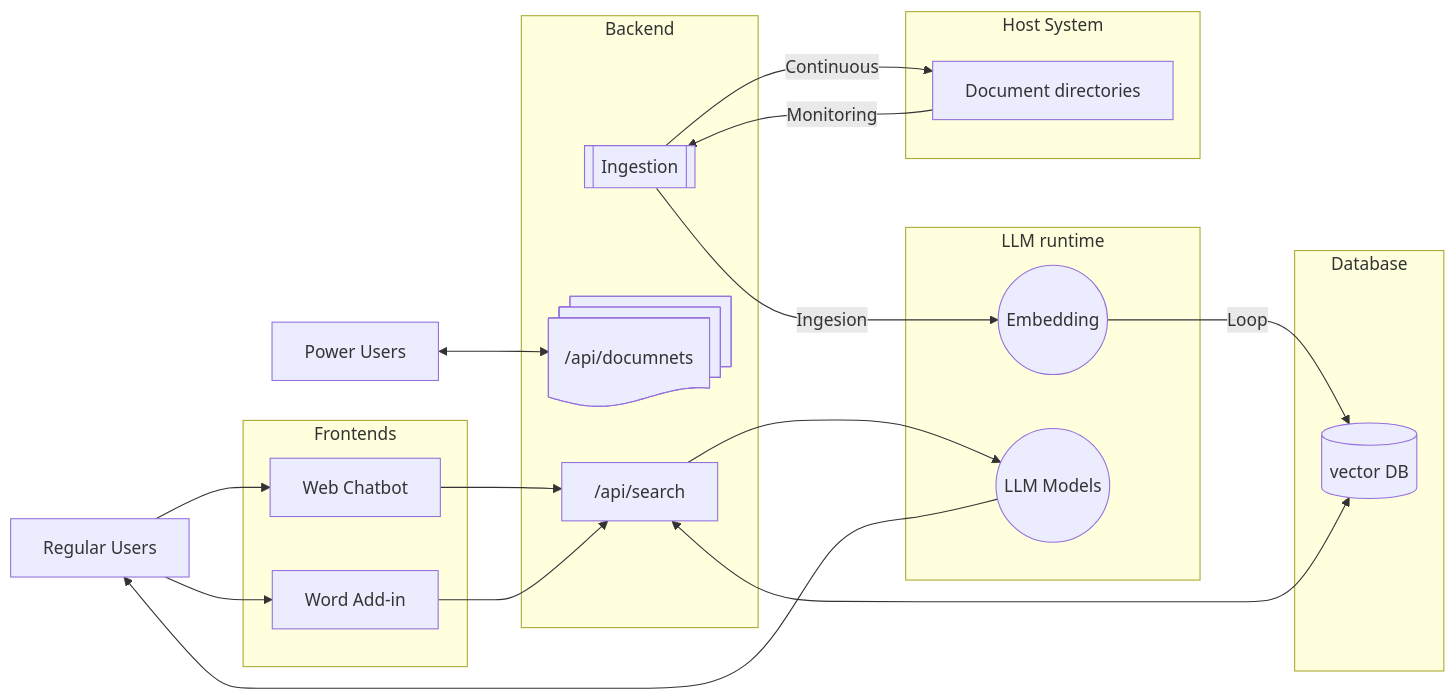
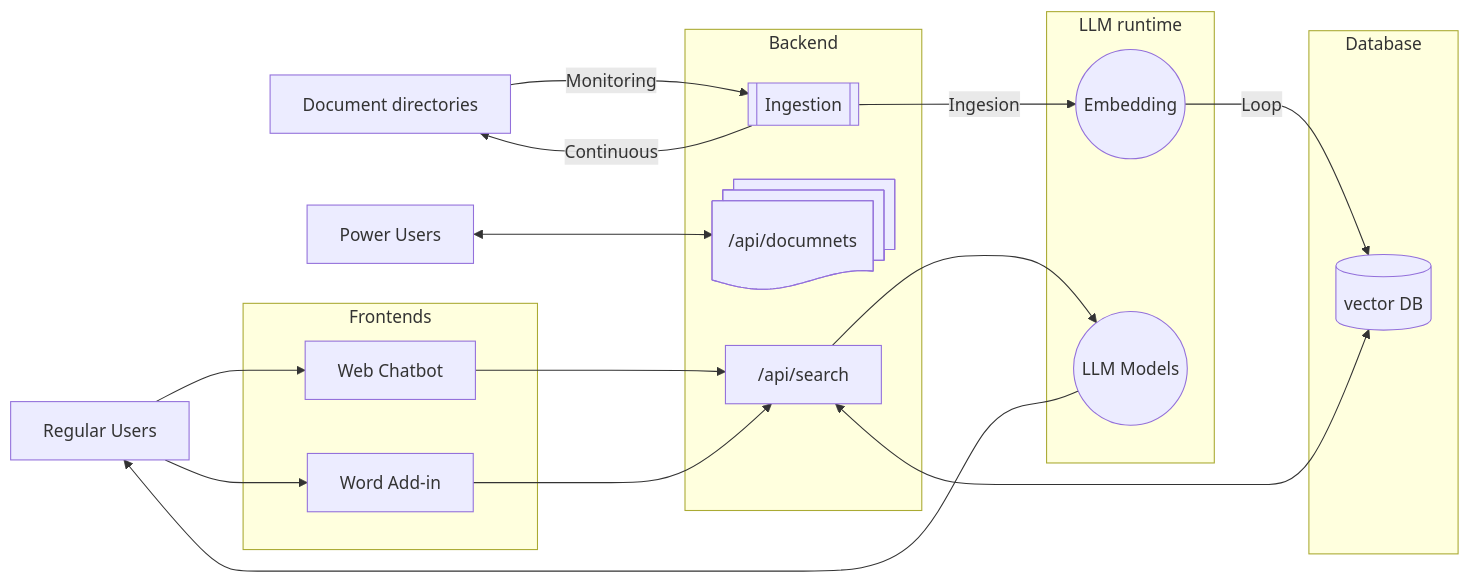
Before and after one commit to beezy-dev/abacc-rag: the diagram in DOCS/README.md, drawn with Mermaid.

````diff
--- a/DOCS/README.md
+++ b/DOCS/README.md
@@ -47,38 +47,38 @@
 ```mermaid
 flowchart LR
     A[Regular Users]
     Z[Power Users]
+    I[Document directories]
+
 
     subgraph Frontends
         B[Web Chatbot]
         J[Word Add-in]
     end
 
     subgraph Backend
         C[[Ingestion]]
         H@{ shape: docs, label: "/api/documnets"}
         E["/api/search"]
     end
 
     subgraph Database 
         D[(vector DB)]
     end
 
     subgraph LLM runtime
         F((Embedding))
         G((LLM Models))
     end
 
-    subgraph Host System
-        I[Document directories]
-    end
+
 
     %% Document processing
     C -- "Continuous" --> I -- "Monitoring" --> C
     C -- "Ingesion" --> F -- "Loop" --> D
     %% Admins
     Z <--> H
     %% Prompting
     A --> B & J --> E <--> D
     E --> G --> A
 ```
````
